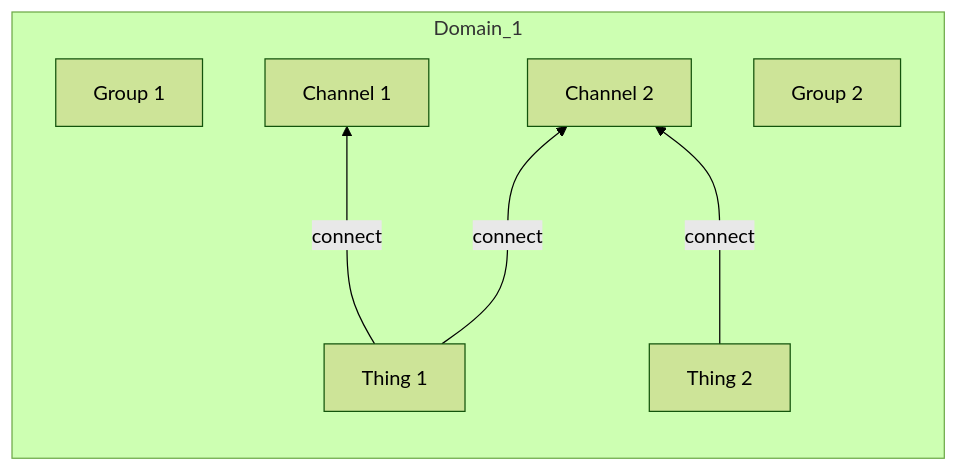
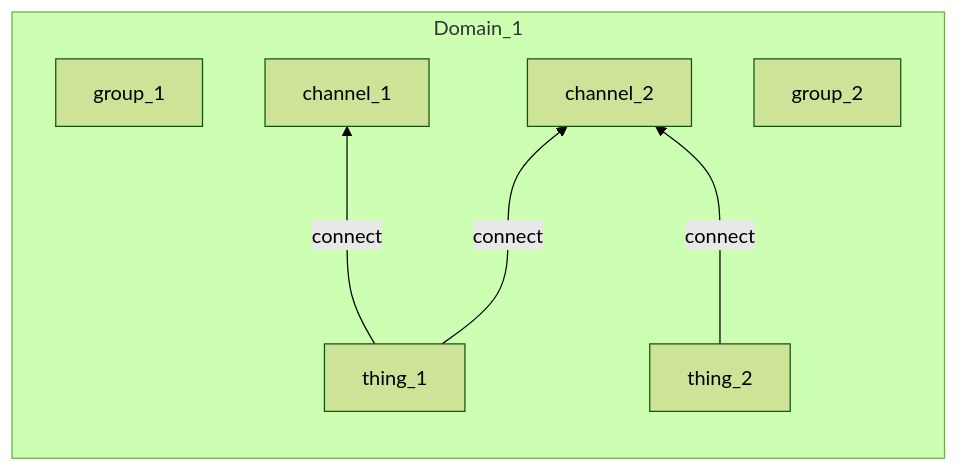
One commit to absmach/supermq-docs changed the fourth of 8 diagrams in docs/authorization.md. Above: the diagram before and after it, drawn with Mermaid (forest theme). The commit also changed other lines of this file, not shown here.

````diff
--- a/docs/authorization.md
+++ b/docs/authorization.md
@@ -93,20 +91,20 @@
 ```mermaid
 graph
    subgraph Domain_1
       direction BT
-      Gr1["Group 1"]
-      Gr2["Group 2"]
+      Gr1["group_1"]
+      Gr2["group_2"]
 
-      Th1["Thing 1"]
-      Th2["Thing 2"]
+      Th1["thing_1"]
+      Th2["thing_2"]
 
-      Ch1["Channel 1"]
-      Ch2["Channel 2"]
+      Ch1["channel_1"]
+      Ch2["channel_2"]
 
 
       Th1 --->|connect| Ch1
       Th1 --->|connect| Ch2
 
       Th2 --->|connect| Ch2
    end
 ```
````
